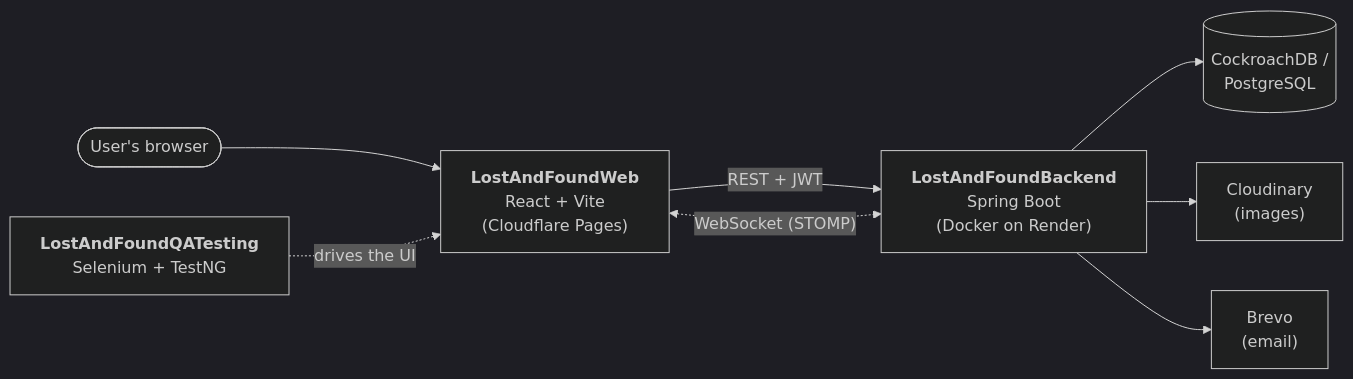
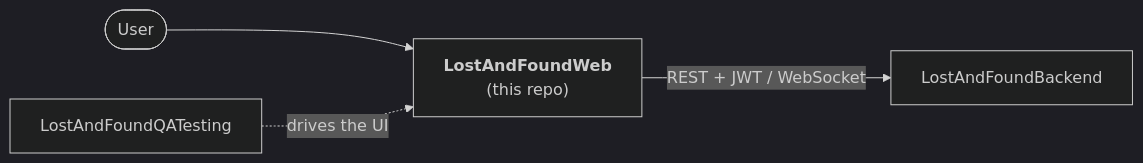
One commit to maheshzrawal333/LostAndFoundWeb changed the diagram in README.md. Above: the diagram before and after it, drawn with Mermaid (dark theme). The commit also changed other lines of this file, not shown here.

First line of the commit message:
Revise README for Lost & Found Nepal frontend

````diff
--- a/README.md
+++ b/README.md
@@ -30,10 +24,6 @@
 ```mermaid
 flowchart LR
-    User([User's browser]) --> Web["<b>LostAndFoundWeb</b><br/>React + Vite<br/>(Cloudflare Pages)"]
-    Web -- "REST + JWT" --> API["<b>LostAndFoundBackend</b><br/>Spring Boot<br/>(Docker on Render)"]
-    Web <-. "WebSocket (STOMP)" .-> API
-    API --> DB[("CockroachDB /<br/>PostgreSQL")]
-    API --> Cloud["Cloudinary<br/>(images)"]
-    API --> Mail["Brevo<br/>(email)"]
-    QA["<b>LostAndFoundQATesting</b><br/>Selenium + TestNG"] -. "drives the UI" .-> Web
+    User([User]) --> Web["<b>LostAndFoundWeb</b><br/>(this repo)"]
+    Web -- "REST + JWT / WebSocket" --> API["LostAndFoundBackend"]
+    QA["LostAndFoundQATesting"] -. "drives the UI" .-> Web
 ```
````
